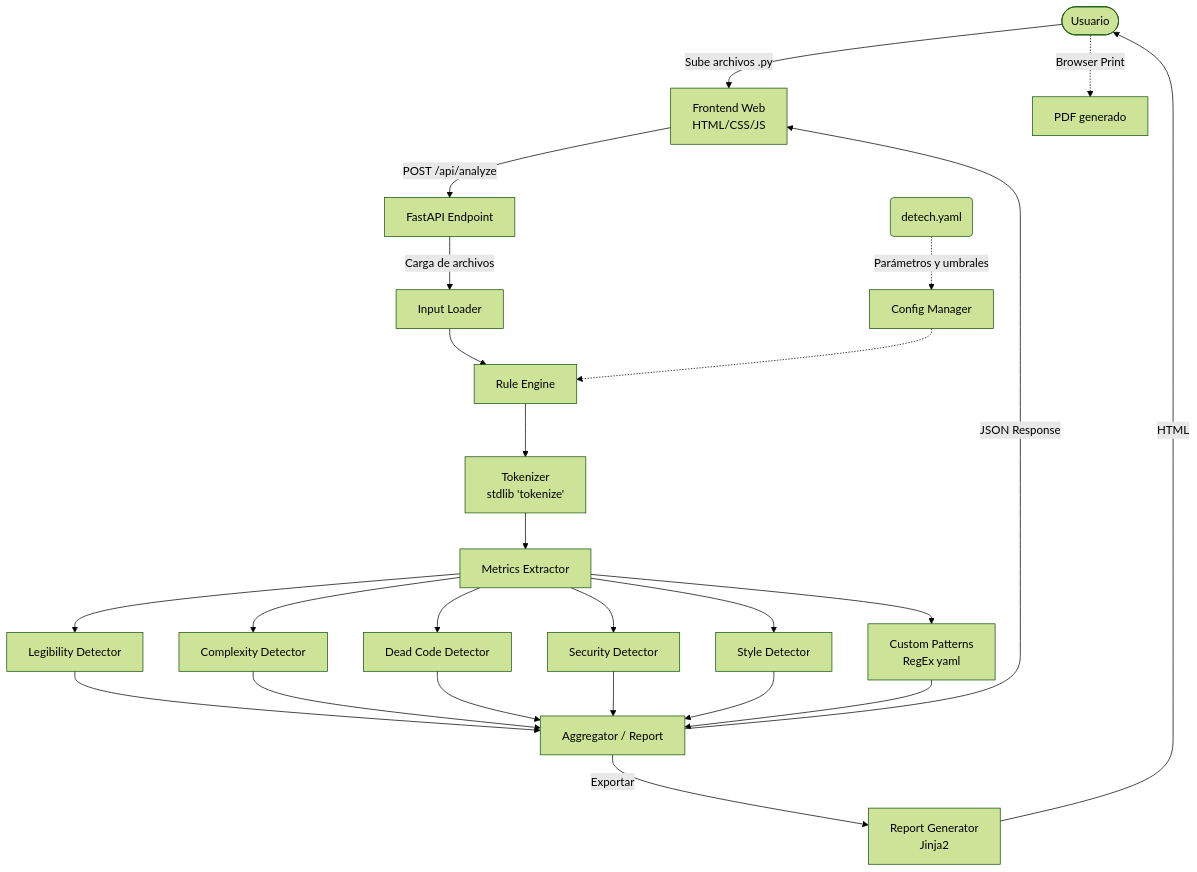
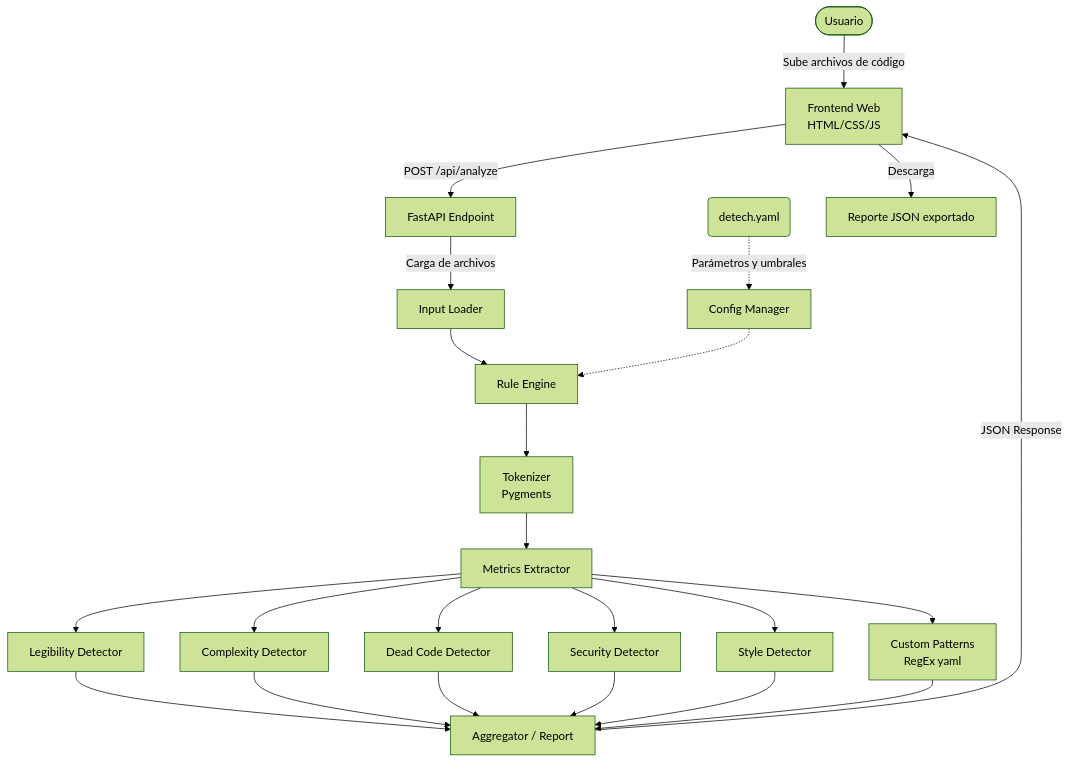
One commit to Vilberto02/detech changed the diagram in docs/README.md. Above: the diagram before and after it, drawn with Mermaid (forest theme). The commit also changed other lines of this file and 4 other files, not shown here.

Commit message:
docs(readme): update project documentation and architectural overview

````diff
--- a/docs/README.md
+++ b/docs/README.md
@@ -9,37 +9,35 @@
 ```mermaid
 graph TD
     %% Componentes Principales
-    User([Usuario]) -->|Sube archivos .py| Frontend[Frontend Web<br/>HTML/CSS/JS]
+    User([Usuario]) -->|Sube archivos de código| Frontend[Frontend Web<br/>HTML/CSS/JS]
     Frontend -->|POST /api/analyze| API[FastAPI Endpoint]
 
     API -->|Carga de archivos| Loader[Input Loader]
     Loader --> Engine[Rule Engine]
 
     %% Configuración
     Config(detech.yaml) -.->|Parámetros y umbrales| ConfigMgr[Config Manager]
     ConfigMgr -.-> Engine
 
     %% Flujo del Engine
-    Engine --> Tokenizer[Tokenizer<br/>stdlib 'tokenize']
+    Engine --> Tokenizer[Tokenizer<br/>Pygments]
     Tokenizer --> Metrics[Metrics Extractor]
 
     %% Detectores (Patrón Strategy)
     Metrics --> DetLegibility[Legibility Detector]
     Metrics --> DetComplexity[Complexity Detector]
     Metrics --> DetDeadCode[Dead Code Detector]
     Metrics --> DetSecurity[Security Detector]
     Metrics --> DetStyle[Style Detector]
     Metrics --> DetCustom[Custom Patterns<br/>RegEx yaml]
 
     DetLegibility --> Aggregator[Aggregator / Report]
     DetComplexity --> Aggregator
     DetDeadCode --> Aggregator
     DetSecurity --> Aggregator
     DetStyle --> Aggregator
     DetCustom --> Aggregator
 
     Aggregator -->|JSON Response| Frontend
-    Aggregator -->|Exportar| ReportGen[Report Generator<br/>Jinja2]
-    ReportGen -->|HTML| User
-    User -.->|Browser Print| PDF[PDF generado]
+    Frontend -->|Descarga| JSON[Reporte JSON exportado]
 ```
````
